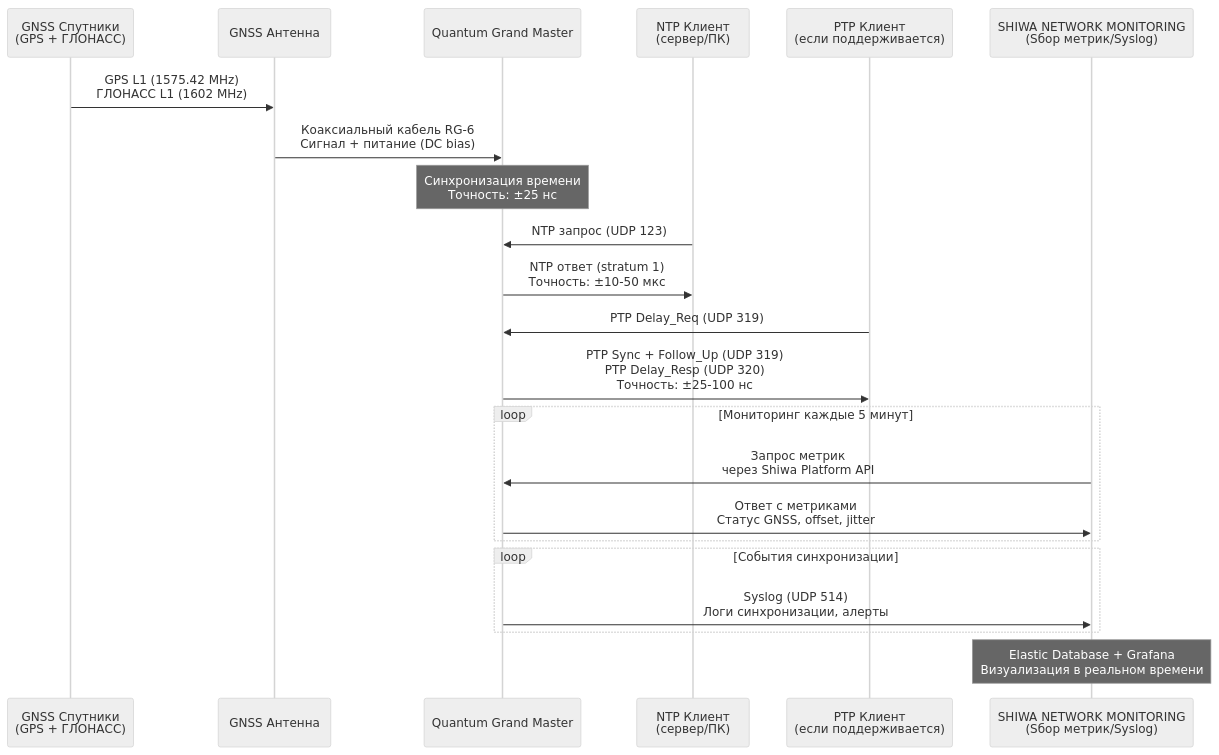
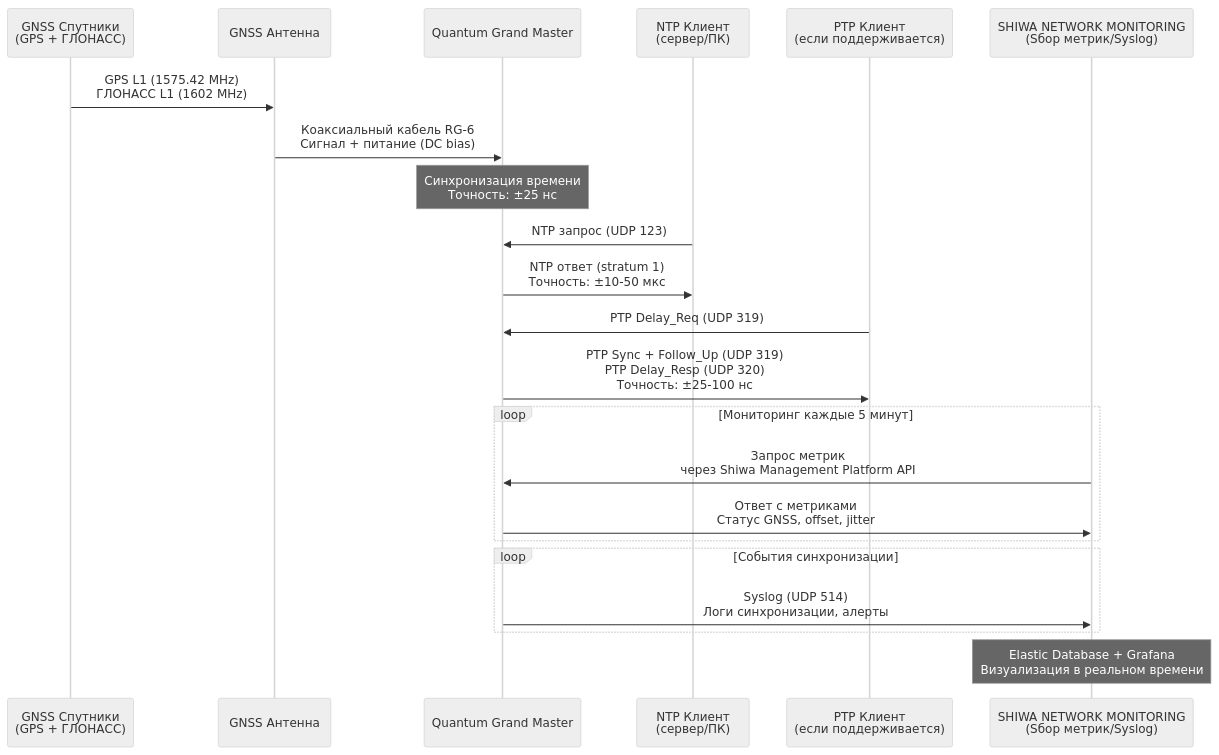
The third of 6 diagrams in network_diagrams.md (SiwaNetwork/BIZNES_HOTEL), drawn with Mermaid (neutral theme) before and after one commit. The commit also changed other lines of this file and 4 other files, not shown here.

Commit message:
Уточнения по проекту: точность NTP 10 мс, PTP 50 нс; единообразие названий; усиление безопасности (запрет telnet/alt-web, Syslog TLS 6514); корректировка дат тестирования; KPI VPN; артефакты тестов; обновления диаграмм и README

````diff
--- a/network_diagrams.md
+++ b/network_diagrams.md
@@ -272,31 +272,31 @@
 ```mermaid
 sequenceDiagram
     participant GNSS as GNSS Спутники<br/>(GPS + ГЛОНАСС)
     participant ANT as GNSS Антенна
     participant GM as Quantum Grand Master
     participant NTP_CLIENT as NTP Клиент<br/>(сервер/ПК)
     participant PTP_CLIENT as PTP Клиент<br/>(если поддерживается)
     participant MON_SYS as SHIWA NETWORK MONITORING<br/>(Sбор метрик/Syslog)
     
     GNSS->>ANT: GPS L1 (1575.42 MHz)<br/>ГЛОНАСС L1 (1602 MHz)
     ANT->>GM: Коаксиальный кабель RG-6<br/>Сигнал + питание (DC bias)
     
     Note over GM: Синхронизация времени<br/>Точность: ±25 нс
     
     NTP_CLIENT->>GM: NTP запрос (UDP 123)
     GM->>NTP_CLIENT: NTP ответ (stratum 1)<br/>Точность: ±10-50 мкс
     
     PTP_CLIENT->>GM: PTP Delay_Req (UDP 319)
     GM->>PTP_CLIENT: PTP Sync + Follow_Up (UDP 319)<br/>PTP Delay_Resp (UDP 320)<br/>Точность: ±25-100 нс
     
     loop Мониторинг каждые 5 минут
-        MON_SYS->>GM: Запрос метрик<br/>через Shiwa Platform API
+        MON_SYS->>GM: Запрос метрик<br/>через Shiwa Management Platform API
         GM->>MON_SYS: Ответ с метриками<br/>Статус GNSS, offset, jitter
     end
     
     loop События синхронизации
         GM->>MON_SYS: Syslog (UDP 514)<br/>Логи синхронизации, алерты
     end
     
     Note over MON_SYS: Elastic Database + Grafana<br/>Визуализация в реальном времени
 ```
````
